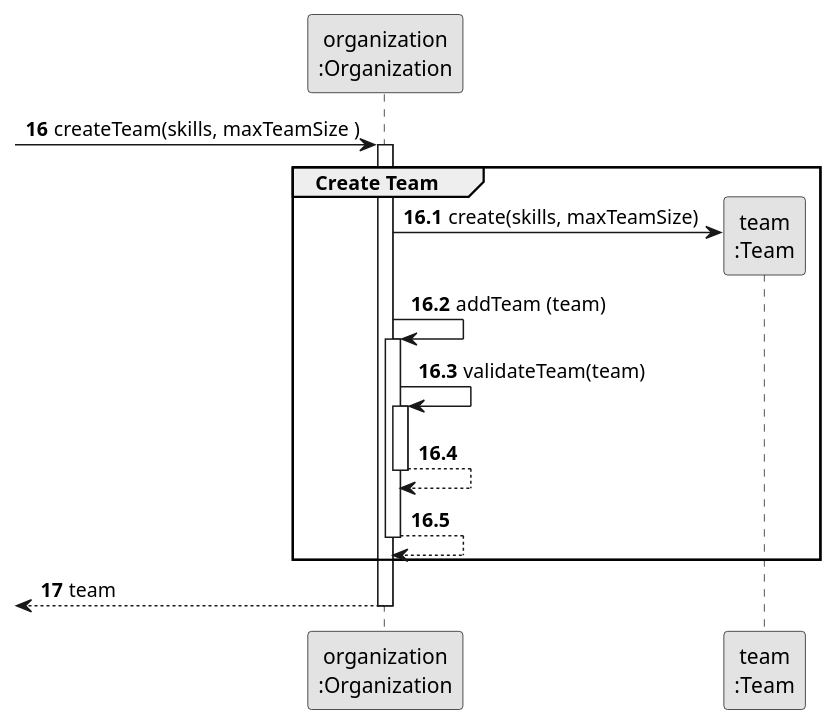
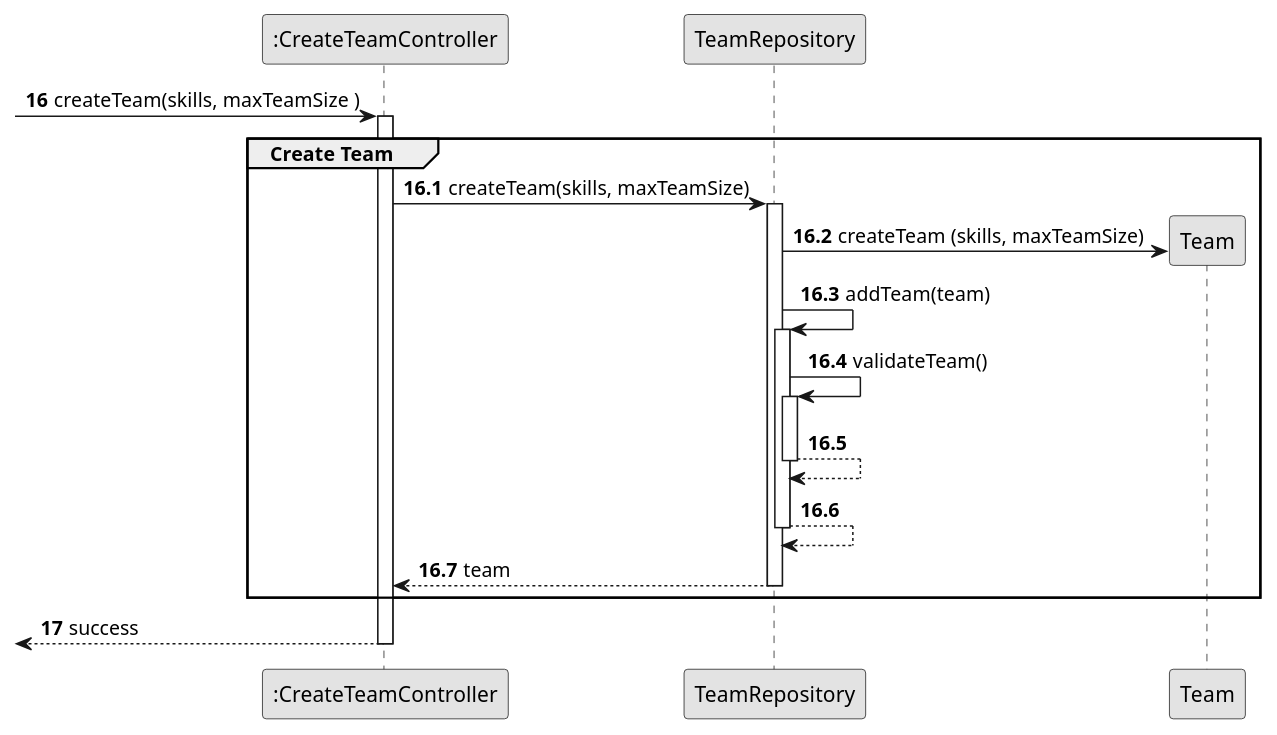
Before and after one commit to ricardomm7/leaflink: the diagram in docs/sprintB/us005/03.design/puml/us005-sequence-diagram-partial-create-team.puml, drawn with PlantUML. The commit also changed 3 other files, not shown here.

```diff
--- a/docs/sprintB/us005/03.design/puml/us005-sequence-diagram-partial-create-team.puml
+++ b/docs/sprintB/us005/03.design/puml/us005-sequence-diagram-partial-create-team.puml
@@ -1,34 +1,39 @@
 @startuml
 skinparam monochrome true
 skinparam packageStyle rectangle
 skinparam shadowing false
 
-participant "organization\n:Organization" as ORG
-participant "team\n:Team" as TEAM
+participant ":CreateTeamController" as CTRL
 
 autonumber 16
--> ORG: createTeam(skills, maxTeamSize )
+-> CTRL: createTeam(skills, maxTeamSize )
 
 autonumber 16.1
-activate ORG
+activate CTRL
     group Create Team
 
-        ORG -> TEAM**: create(skills, maxTeamSize)
-        ORG -> ORG: addTeam (team)
+        CTRL -> TeamRepository: createTeam(skills, maxTeamSize)
+                        activate TeamRepository
 
-        activate ORG
-            ORG -> ORG: validateTeam(team)
-            activate ORG
-                ORG --> ORG
-            deactivate ORG
+                        TeamRepository -> Team**: createTeam (skills, maxTeamSize)
 
-            ORG --> ORG
-        deactivate ORG
+                            TeamRepository -> TeamRepository: addTeam(team)
+                            activate TeamRepository
+                                TeamRepository -> TeamRepository: validateTeam()
+                                activate TeamRepository
+                                    TeamRepository --> TeamRepository
+                                    deactivate TeamRepository
+
+                            TeamRepository --> TeamRepository
+                        deactivate TeamRepository
+
+                    TeamRepository --> CTRL: team
+                    deactivate TeamRepository
     end
 
     autonumber 17
-    <-- ORG : team
-deactivate ORG
+    <-- CTRL : success
+deactivate CTRL
 
 
 @enduml
```
